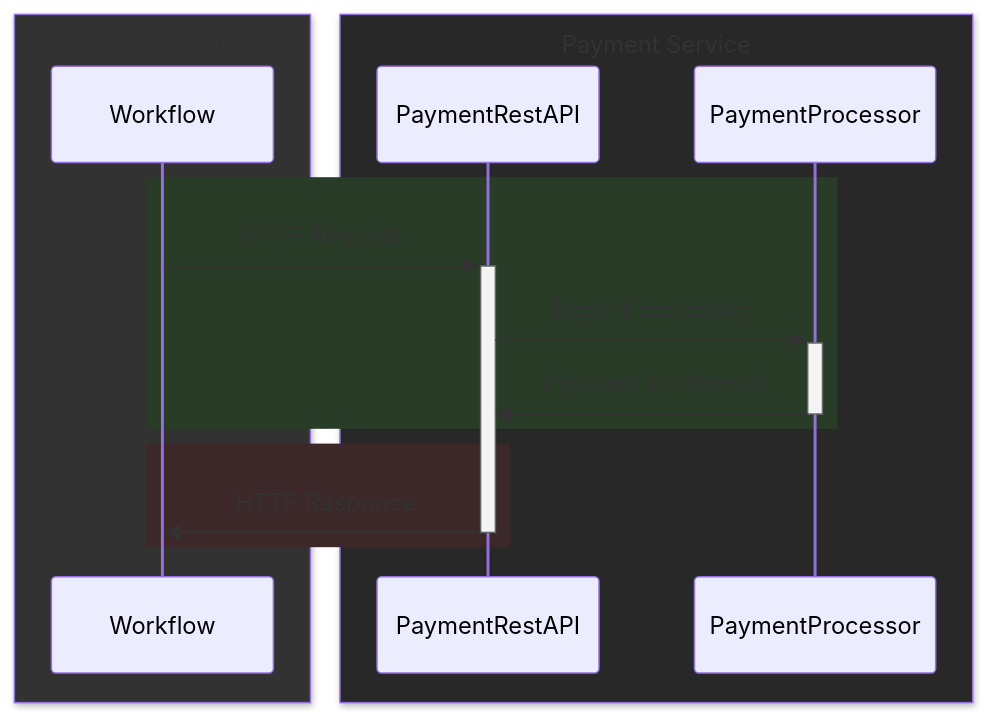
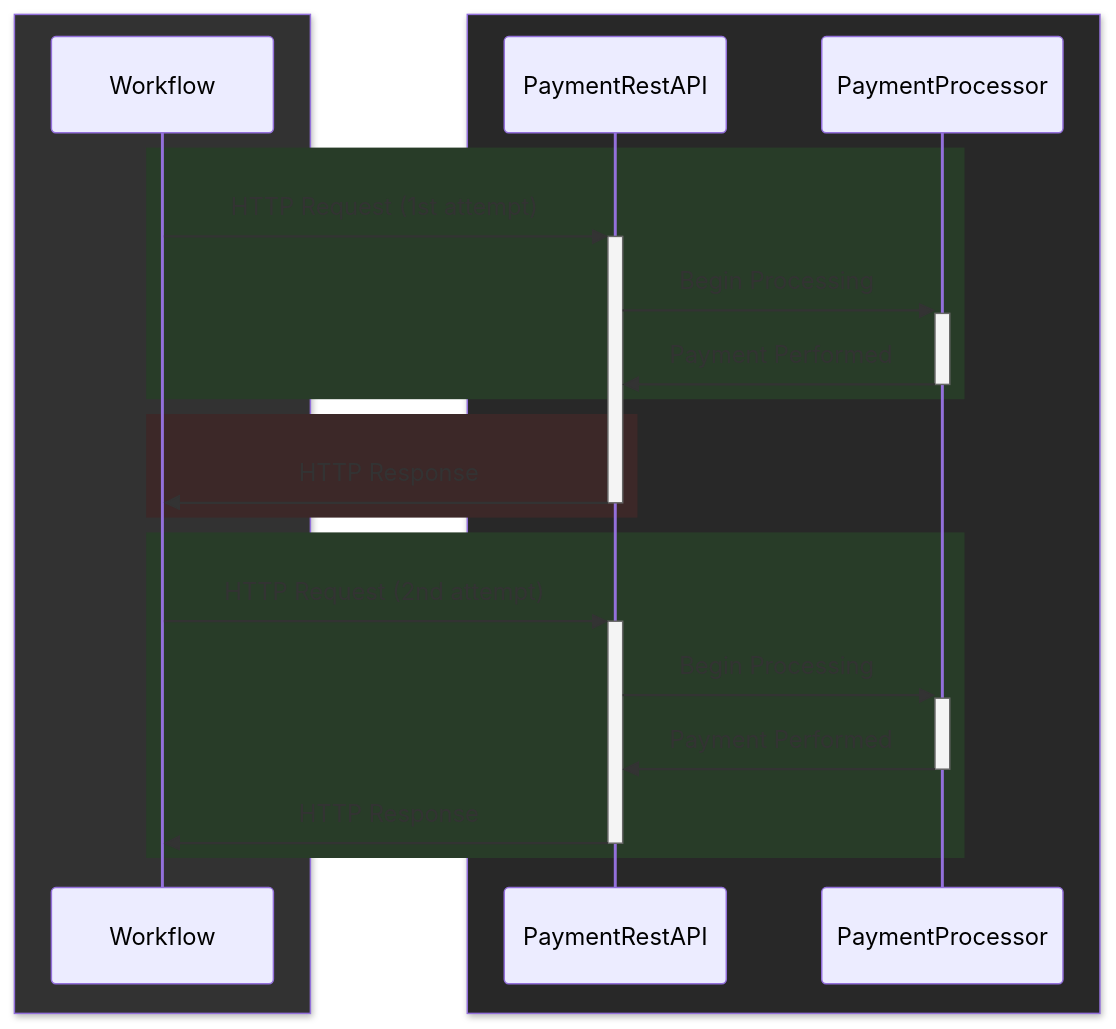
One commit to mattiamanzati/durable-workflows-with-effect-cluster changed the fifth of 6 diagrams in slides.md. Above: the diagram before and after it, drawn with Mermaid. The commit also changed other lines of this file and 2 other files, not shown here.

````diff
--- a/slides.md
+++ b/slides.md
@@ -583,18 +595,24 @@
-```mermaid
+```mermaid { scale: 0.55 }
 sequenceDiagram
-box rgb(50,50,50) WorkflowEngine
+box rgb(50,50,50)
 participant Workflow
 end
-box rgb(40,40,40) Payment Service
+box rgb(40,40,40)
 participant PaymentRestAPI
 participant PaymentProcessor
 end
 rect rgb(40,60,40)
-Workflow->>+PaymentRestAPI: HTTP Request
+Workflow->>+PaymentRestAPI: HTTP Request (1st attempt)
 PaymentRestAPI->>+PaymentProcessor: Begin Processing
 PaymentProcessor->>-PaymentRestAPI: Payment Performed
 end
 rect rgb(60,40,40)
 PaymentRestAPI->>-Workflow: HTTP Response
 end
+rect rgb(40,60,40)
+Workflow->>+PaymentRestAPI: HTTP Request (2nd attempt)
+PaymentRestAPI->>+PaymentProcessor: Begin Processing
+PaymentProcessor->>-PaymentRestAPI: Payment Performed
+PaymentRestAPI->>-Workflow: HTTP Response
+end
 ```
````
